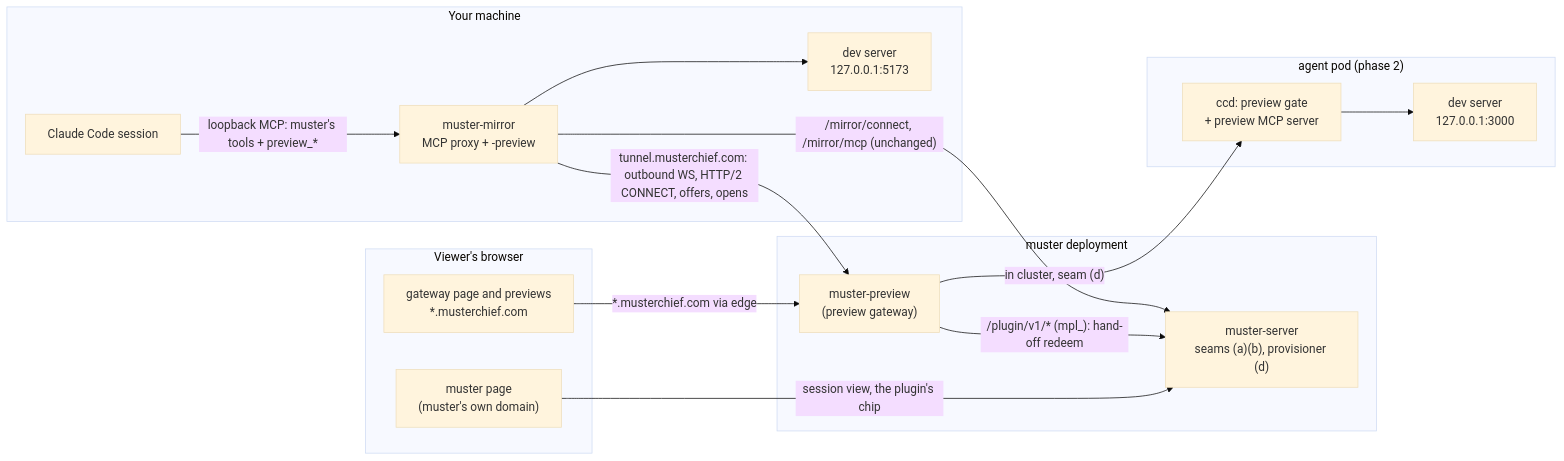
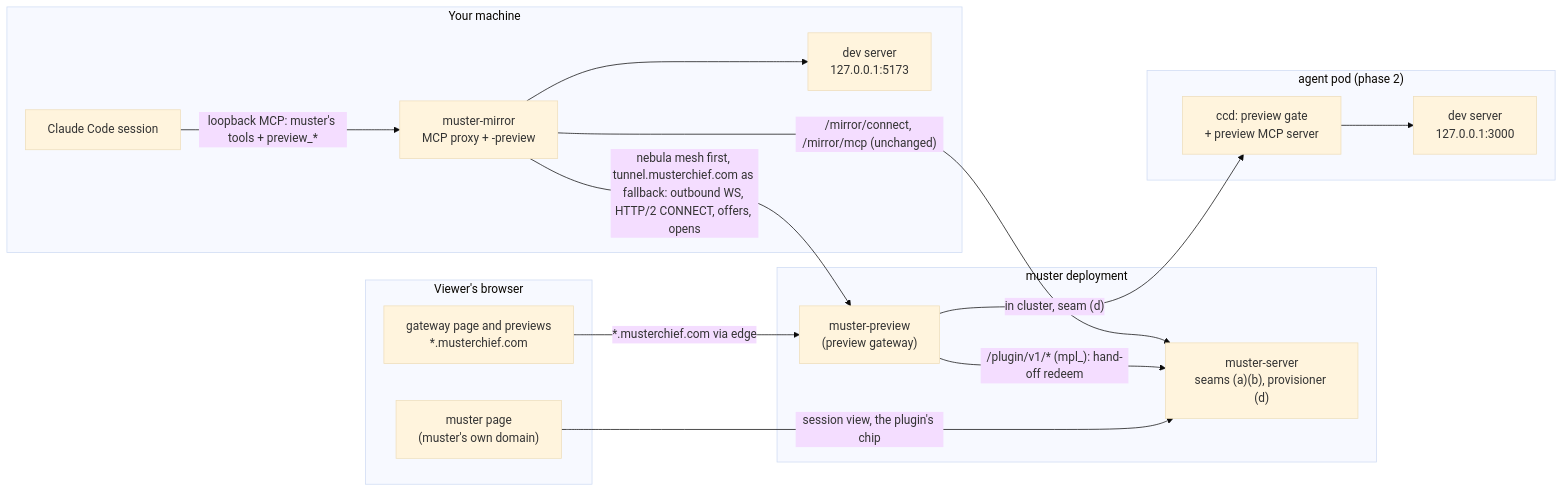
Before and after one commit to ZacxDev/muster: the diagram in docs/design/previews.md, drawn with Mermaid (base theme). The commit also changed other lines of this file, not shown here.

First line of the commit message:
docs(design): previews — mesh-first host tunnel after the real-edge spike

````diff
--- a/docs/design/previews.md
+++ b/docs/design/previews.md
@@ -238,28 +238,28 @@
 ```mermaid
 flowchart LR
   subgraph viewer["Viewer's browser"]
     page["muster page<br/>(muster's own domain)"]
     frame["gateway page and previews<br/>*.musterchief.com"]
   end
   subgraph core["muster deployment"]
     muster["muster-server<br/>seams (a)(b), provisioner (d)"]
     gw["muster-preview<br/>(preview gateway)"]
   end
   subgraph host["Your machine"]
     cc["Claude Code session"]
     mm["muster-mirror<br/>MCP proxy + -preview"]
     app["dev server<br/>127.0.0.1:5173"]
   end
   subgraph cluster["agent pod (phase 2)"]
     gate["ccd: preview gate<br/>+ preview MCP server"]
     app2["dev server<br/>127.0.0.1:3000"]
   end
   page -->|"session view, the plugin's chip"| muster
   frame -->|"*.musterchief.com via edge"| gw
   gw -->|"/plugin/v1/* (mpl_): hand-off redeem"| muster
   cc -->|"loopback MCP: muster's tools + preview_*"| mm
   mm -->|"/mirror/connect, /mirror/mcp (unchanged)"| muster
-  mm -->|"tunnel.musterchief.com: outbound WS, HTTP/2 CONNECT, offers, opens"| gw
+  mm -->|"nebula mesh first, tunnel.musterchief.com as fallback: outbound WS, HTTP/2 CONNECT, offers, opens"| gw
   mm --> app
   gw -->|"in cluster, seam (d)"| gate --> app2
 ```
````
